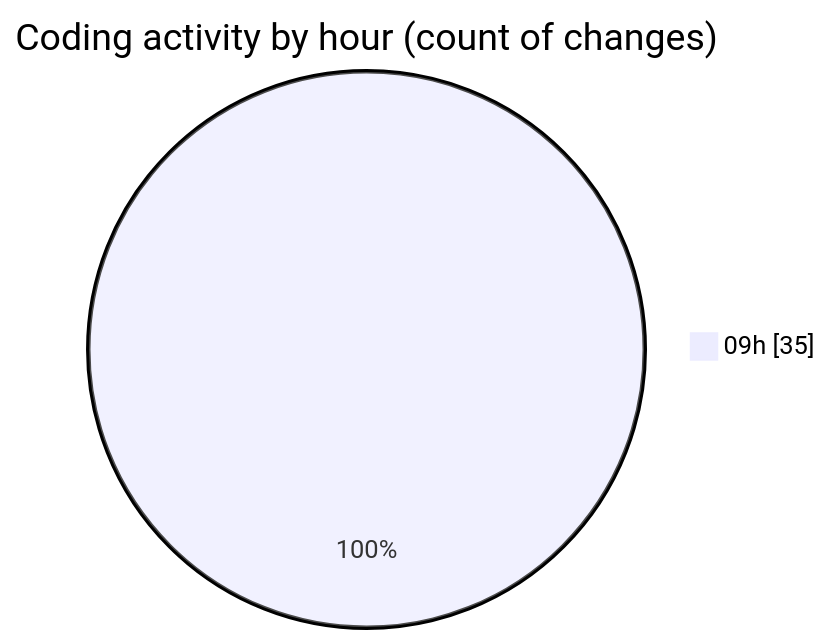
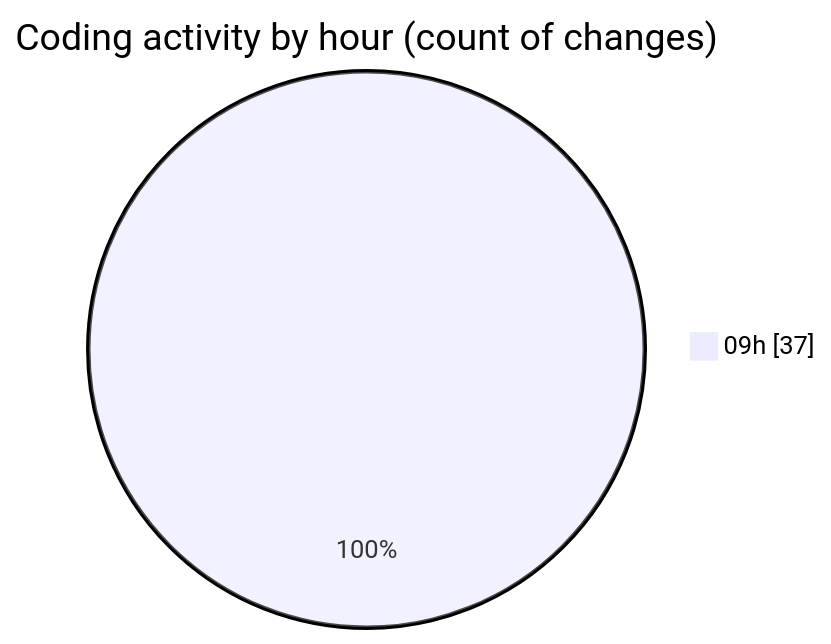
The second of 2 diagrams in 2025-11-14/cda/README.md (momahboobian/code-tracking), drawn with Mermaid before and after one commit. The commit also changed other lines of this file and 1 other file, not shown here.

````diff
--- a/2025-11-14/cda/README.md
+++ b/2025-11-14/cda/README.md
@@ -47,5 +48,5 @@
 ```mermaid
 pie showData
 title Coding activity by hour (count of changes)
-"09h" : 35
+"09h" : 37
 ```
````
